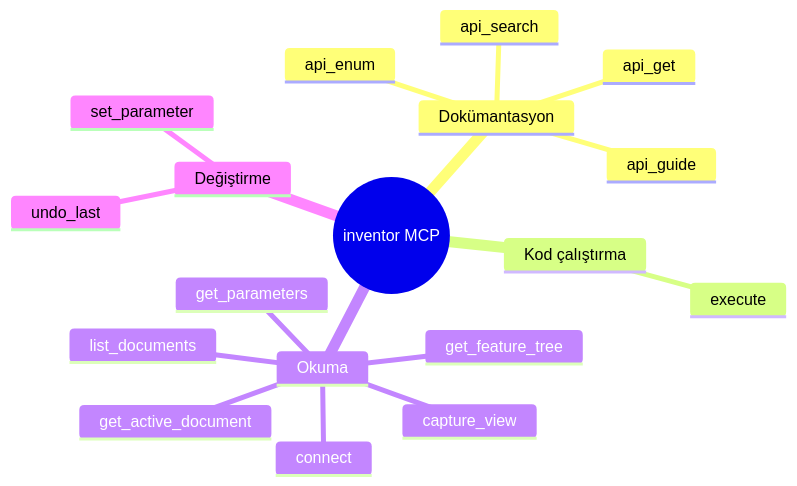
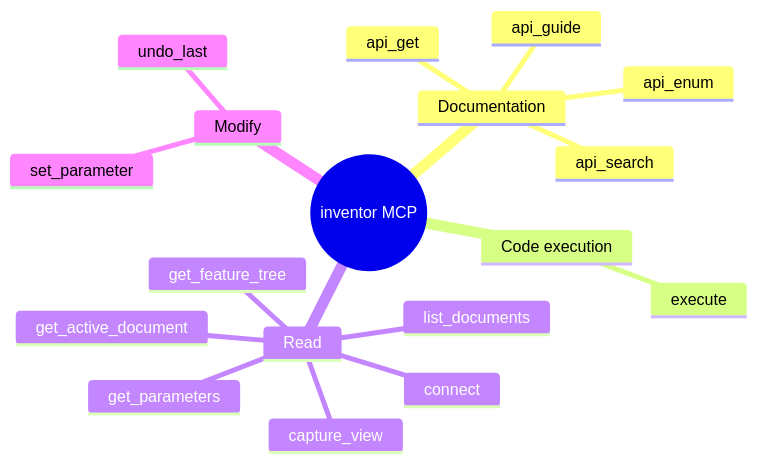
One commit to ZBGoztas/InventorLLM changed the third of 6 diagrams in README.md. Above: the diagram before and after it, drawn with Mermaid. The commit also changed other lines of this file, not shown here.

````diff
--- a/README.md
+++ b/README.md
@@ -151,21 +149,21 @@
 ```mermaid
 mindmap
   root((inventor MCP))
-    Dokümantasyon
+    Documentation
       api_guide
       api_search
       api_get
       api_enum
-    Kod çalıştırma
+    Code execution
       execute
-    Okuma
+    Read
       connect
       list_documents
       get_active_document
       get_parameters
       get_feature_tree
       capture_view
-    Değiştirme
+    Modify
       set_parameter
       undo_last
 ```
````
